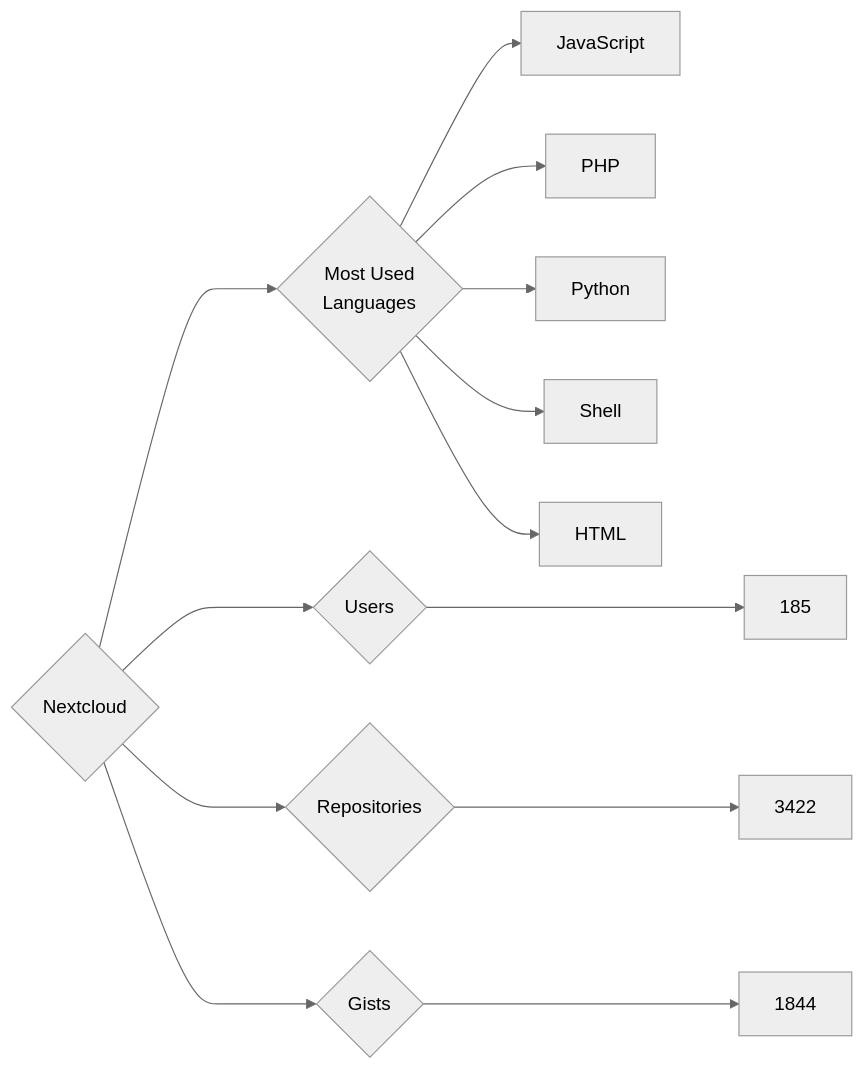
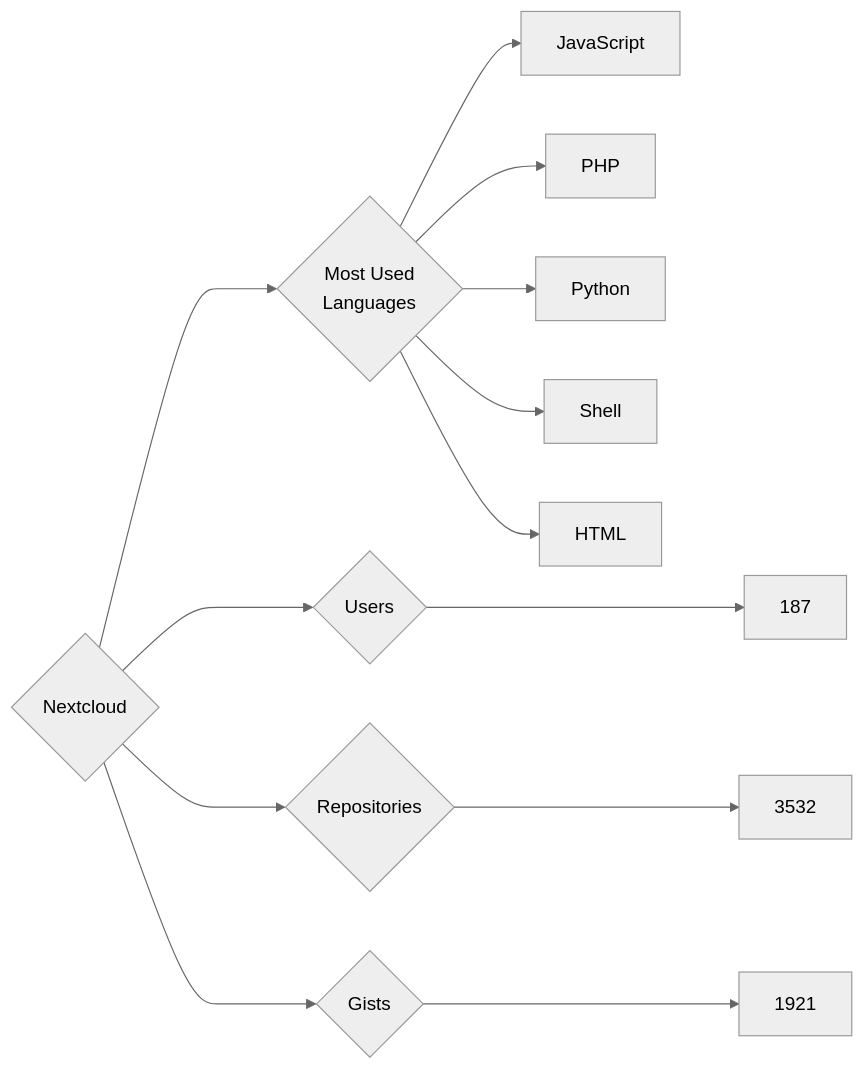
Before and after one commit to trickest/insiders: the diagram in targets/Nextcloud/README.md, drawn with Mermaid (neutral theme). The commit also changed 773 other files, not shown here.

````diff
--- a/targets/Nextcloud/README.md
+++ b/targets/Nextcloud/README.md
@@ -3,13 +3,13 @@
 ```mermaid
 graph LR
 COMPANY_NAME{Nextcloud}
-COMPANY_NAME ---> U{Users} ---> UN[185]
-COMPANY_NAME ---> R{Repositories} ---> RN[3422]
-COMPANY_NAME ---> G{Gists} ---> GN[1844]
+COMPANY_NAME ---> U{Users} ---> UN[187]
+COMPANY_NAME ---> R{Repositories} ---> RN[3532]
+COMPANY_NAME ---> G{Gists} ---> GN[1921]
 COMPANY_NAME ---> ML{Most Used<br>Languages}
 ML --> JavaScript[JavaScript]
 ML --> PHP[PHP]
 ML --> Python[Python]
 ML --> Shell[Shell]
 ML --> HTML[HTML]
 ```
````
